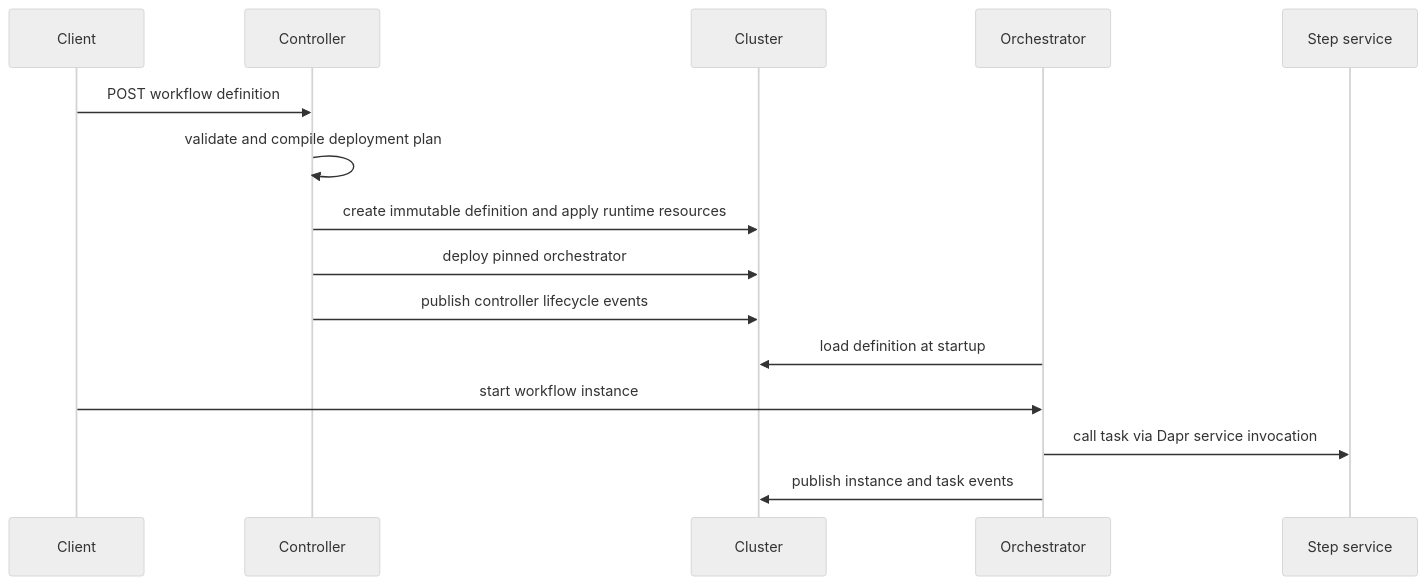
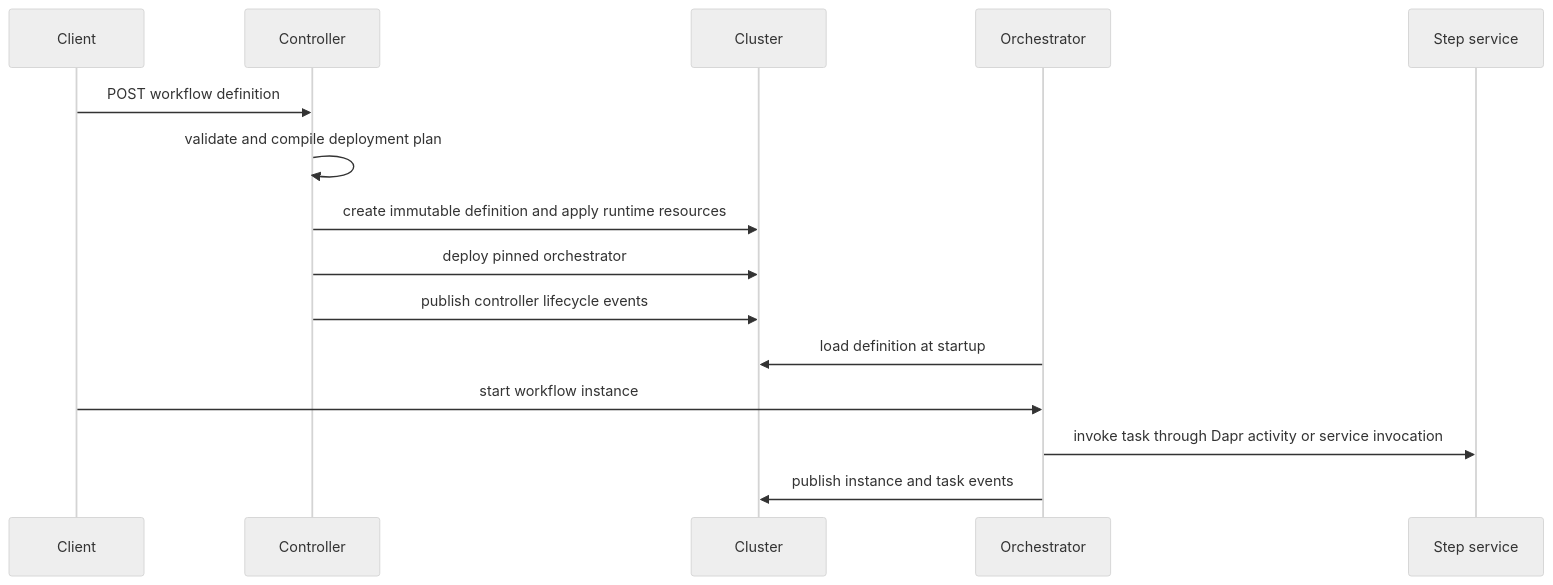
One commit to tonylibs/dapr-workflow-spec changed the diagram in openwiki/architecture/deployed-workflow.md. Above: the diagram before and after it, drawn with Mermaid (neutral theme). The commit also changed other lines of this file and 1 other file, not shown here.

````diff
--- a/openwiki/architecture/deployed-workflow.md
+++ b/openwiki/architecture/deployed-workflow.md
@@ -12,17 +12,17 @@
 ```mermaid
 sequenceDiagram
   participant Client
   participant Controller
   participant Cluster
   participant Orchestrator
   participant Step as Step service
   Client->>Controller: POST workflow definition
   Controller->>Controller: validate and compile deployment plan
   Controller->>Cluster: create immutable definition and apply runtime resources
   Controller->>Cluster: deploy pinned orchestrator
   Controller->>Cluster: publish controller lifecycle events
   Orchestrator->>Cluster: load definition at startup
   Client->>Orchestrator: start workflow instance
-  Orchestrator->>Step: call task via Dapr service invocation
+  Orchestrator->>Step: invoke task through Dapr activity or service invocation
   Orchestrator->>Cluster: publish instance and task events
 ```
````
